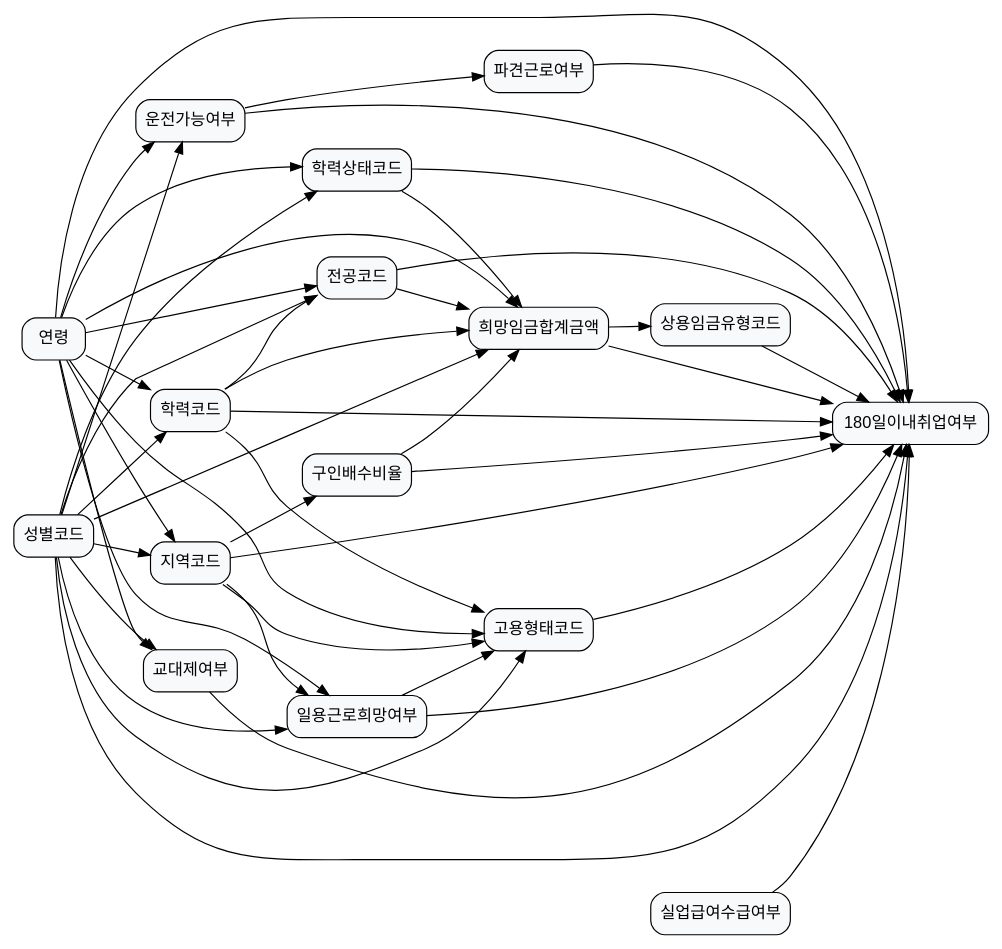
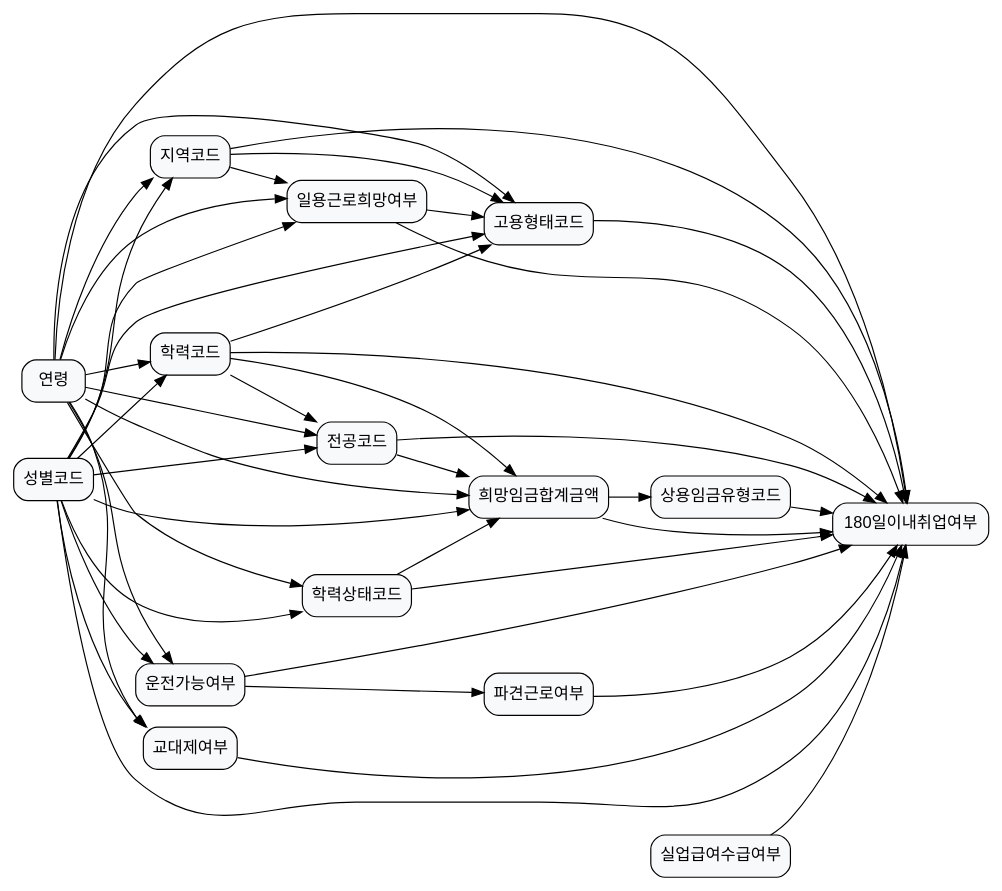
The diagram in laborlab_2/data/graph_data/graph_36.dot (KU-LIM-Lab/dowhy-deep), drawn with Graphviz before and after one commit. The commit also changed 79 other files, not shown here.

Commit message:
graph real real final really sorry bro들

```diff
--- a/laborlab_2/data/graph_data/graph_36.dot
+++ b/laborlab_2/data/graph_data/graph_36.dot
@@ -1,65 +1,79 @@
 digraph G {
-rankdir=LR;
-node [fillcolor="#F8F9FB", fontname=Helvetica, shape=box];
-ACCR_CD [label="학력코드", style="rounded,filled"];
-ACCR_STCD [label="학력상태코드", style="rounded,filled"];
-ACQ_180_YN [label="180일이내취업여부", style="rounded,filled"];
-AGE [label="연령", style="rounded,filled"];
-AREA_CD [label="지역코드", style="rounded,filled"];
-COMM_WAGE_TYCD [label="상용임금유형코드", style="rounded,filled"];
-DLY_LABR_HOPE_YN [label="일용근로희망여부", style="rounded,filled"];
-DRV_PSBL_YN [label="운전가능여부", style="rounded,filled"];
-DSPT_LABR_YN [label="파견근로여부", style="rounded,filled"];
-EMPL_STLE_CD [label="고용형태코드", style="rounded,filled"];
-HOPE_WAGE_SM_AMT [label="희망임금합계금액", style="rounded,filled"];
-JO_DRNG_RATE [label="구인배수비율", style="rounded,filled"];
-MAJR_CD1 [label="전공코드", style="rounded,filled"];
-SHSY_YN [label="교대제여부", style="rounded,filled"];
-SXDS_CD [label="성별코드", style="rounded,filled"];
-UEPS_RECP_YN [label="실업급여수급여부", style="rounded,filled"];
-ACCR_CD -> ACQ_180_YN;
-ACCR_CD -> EMPL_STLE_CD;
-ACCR_CD -> HOPE_WAGE_SM_AMT;
-ACCR_CD -> MAJR_CD1;
-ACCR_STCD -> ACQ_180_YN;
-ACCR_STCD -> HOPE_WAGE_SM_AMT;
-AGE -> ACCR_CD;
-AGE -> ACCR_STCD;
-AGE -> ACQ_180_YN;
-AGE -> AREA_CD;
-AGE -> DLY_LABR_HOPE_YN;
-AGE -> DRV_PSBL_YN;
-AGE -> EMPL_STLE_CD;
-AGE -> HOPE_WAGE_SM_AMT;
-AGE -> MAJR_CD1;
-AGE -> SHSY_YN;
-AREA_CD -> ACQ_180_YN;
-AREA_CD -> DLY_LABR_HOPE_YN;
-AREA_CD -> EMPL_STLE_CD;
-AREA_CD -> JO_DRNG_RATE;
-COMM_WAGE_TYCD -> ACQ_180_YN;
-DLY_LABR_HOPE_YN -> ACQ_180_YN;
-DLY_LABR_HOPE_YN -> EMPL_STLE_CD;
-DRV_PSBL_YN -> ACQ_180_YN;
-DRV_PSBL_YN -> DSPT_LABR_YN;
-DSPT_LABR_YN -> ACQ_180_YN;
-EMPL_STLE_CD -> ACQ_180_YN;
-HOPE_WAGE_SM_AMT -> ACQ_180_YN;
-HOPE_WAGE_SM_AMT -> COMM_WAGE_TYCD;
-JO_DRNG_RATE -> ACQ_180_YN;
-JO_DRNG_RATE -> HOPE_WAGE_SM_AMT;
-MAJR_CD1 -> ACQ_180_YN;
-MAJR_CD1 -> HOPE_WAGE_SM_AMT;
-SHSY_YN -> ACQ_180_YN;
-SXDS_CD -> ACCR_CD;
-SXDS_CD -> ACCR_STCD;
-SXDS_CD -> ACQ_180_YN;
-SXDS_CD -> AREA_CD;
-SXDS_CD -> DLY_LABR_HOPE_YN;
-SXDS_CD -> DRV_PSBL_YN;
-SXDS_CD -> EMPL_STLE_CD;
-SXDS_CD -> HOPE_WAGE_SM_AMT;
-SXDS_CD -> MAJR_CD1;
-SXDS_CD -> SHSY_YN;
-UEPS_RECP_YN -> ACQ_180_YN;
+	graph [rankdir=LR];
+	node [fillcolor="#F8F9FB",
+		fontname=Helvetica,
+		shape=box
+	];
+	ACCR_CD	[label=학력코드,
+		style="rounded,filled"];
+	ACQ_180_YN	[label="180일이내취업여부",
+		style="rounded,filled"];
+	ACCR_CD -> ACQ_180_YN;
+	EMPL_STLE_CD	[label=고용형태코드,
+		style="rounded,filled"];
+	ACCR_CD -> EMPL_STLE_CD;
+	HOPE_WAGE_SM_AMT	[label=희망임금합계금액,
+		style="rounded,filled"];
+	ACCR_CD -> HOPE_WAGE_SM_AMT;
+	MAJR_CD1	[label=전공코드,
+		style="rounded,filled"];
+	ACCR_CD -> MAJR_CD1;
+	EMPL_STLE_CD -> ACQ_180_YN;
+	HOPE_WAGE_SM_AMT -> ACQ_180_YN;
+	COMM_WAGE_TYCD	[label=상용임금유형코드,
+		style="rounded,filled"];
+	HOPE_WAGE_SM_AMT -> COMM_WAGE_TYCD;
+	MAJR_CD1 -> ACQ_180_YN;
+	MAJR_CD1 -> HOPE_WAGE_SM_AMT;
+	ACCR_STCD	[label=학력상태코드,
+		style="rounded,filled"];
+	ACCR_STCD -> ACQ_180_YN;
+	ACCR_STCD -> HOPE_WAGE_SM_AMT;
+	AGE	[label=연령,
+		style="rounded,filled"];
+	AGE -> ACCR_CD;
+	AGE -> ACQ_180_YN;
+	AGE -> EMPL_STLE_CD;
+	AGE -> HOPE_WAGE_SM_AMT;
+	AGE -> MAJR_CD1;
+	AGE -> ACCR_STCD;
+	AREA_CD	[label=지역코드,
+		style="rounded,filled"];
+	AGE -> AREA_CD;
+	DLY_LABR_HOPE_YN	[label=일용근로희망여부,
+		style="rounded,filled"];
+	AGE -> DLY_LABR_HOPE_YN;
+	DRV_PSBL_YN	[label=운전가능여부,
+		style="rounded,filled"];
+	AGE -> DRV_PSBL_YN;
+	SHSY_YN	[label=교대제여부,
+		style="rounded,filled"];
+	AGE -> SHSY_YN;
+	AREA_CD -> ACQ_180_YN;
+	AREA_CD -> EMPL_STLE_CD;
+	AREA_CD -> DLY_LABR_HOPE_YN;
+	DLY_LABR_HOPE_YN -> ACQ_180_YN;
+	DLY_LABR_HOPE_YN -> EMPL_STLE_CD;
+	DRV_PSBL_YN -> ACQ_180_YN;
+	DSPT_LABR_YN	[label=파견근로여부,
+		style="rounded,filled"];
+	DRV_PSBL_YN -> DSPT_LABR_YN;
+	SHSY_YN -> ACQ_180_YN;
+	COMM_WAGE_TYCD -> ACQ_180_YN;
+	DSPT_LABR_YN -> ACQ_180_YN;
+	SXDS_CD	[label=성별코드,
+		style="rounded,filled"];
+	SXDS_CD -> ACCR_CD;
+	SXDS_CD -> ACQ_180_YN;
+	SXDS_CD -> EMPL_STLE_CD;
+	SXDS_CD -> HOPE_WAGE_SM_AMT;
+	SXDS_CD -> MAJR_CD1;
+	SXDS_CD -> ACCR_STCD;
+	SXDS_CD -> AREA_CD;
+	SXDS_CD -> DLY_LABR_HOPE_YN;
+	SXDS_CD -> DRV_PSBL_YN;
+	SXDS_CD -> SHSY_YN;
+	UEPS_RECP_YN	[label=실업급여수급여부,
+		style="rounded,filled"];
+	UEPS_RECP_YN -> ACQ_180_YN;
 }
```
